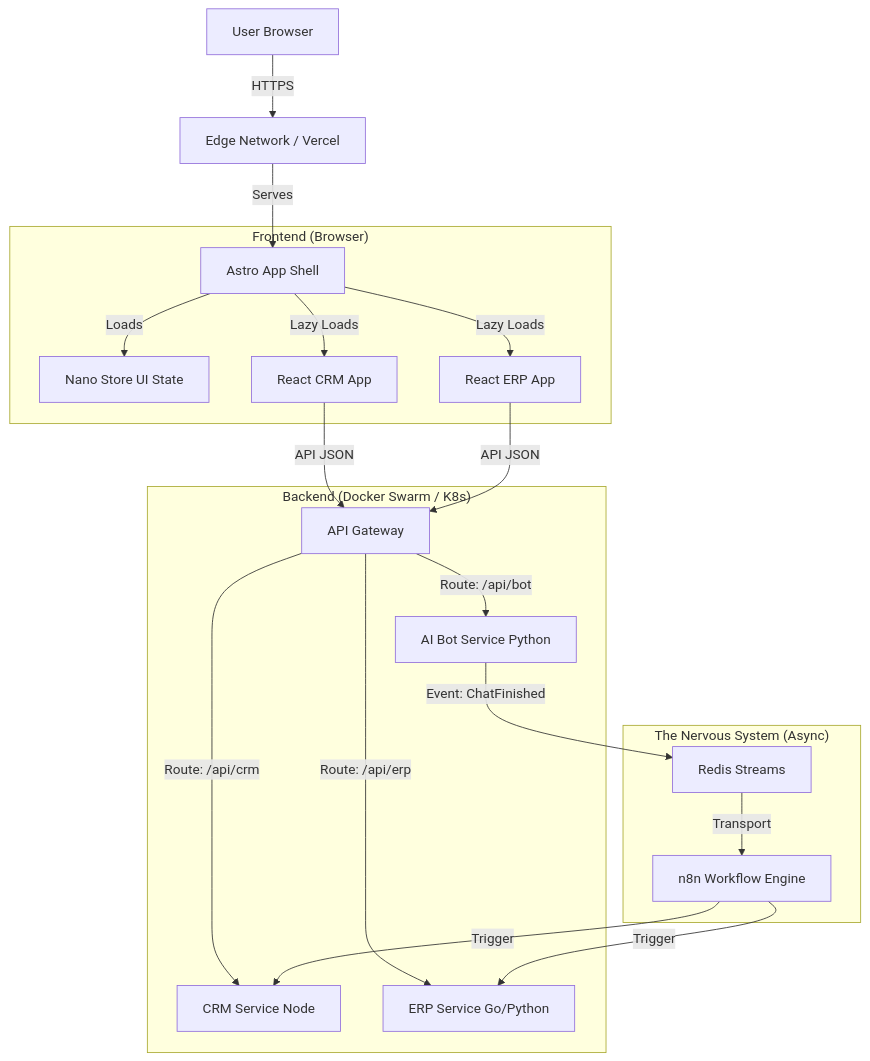
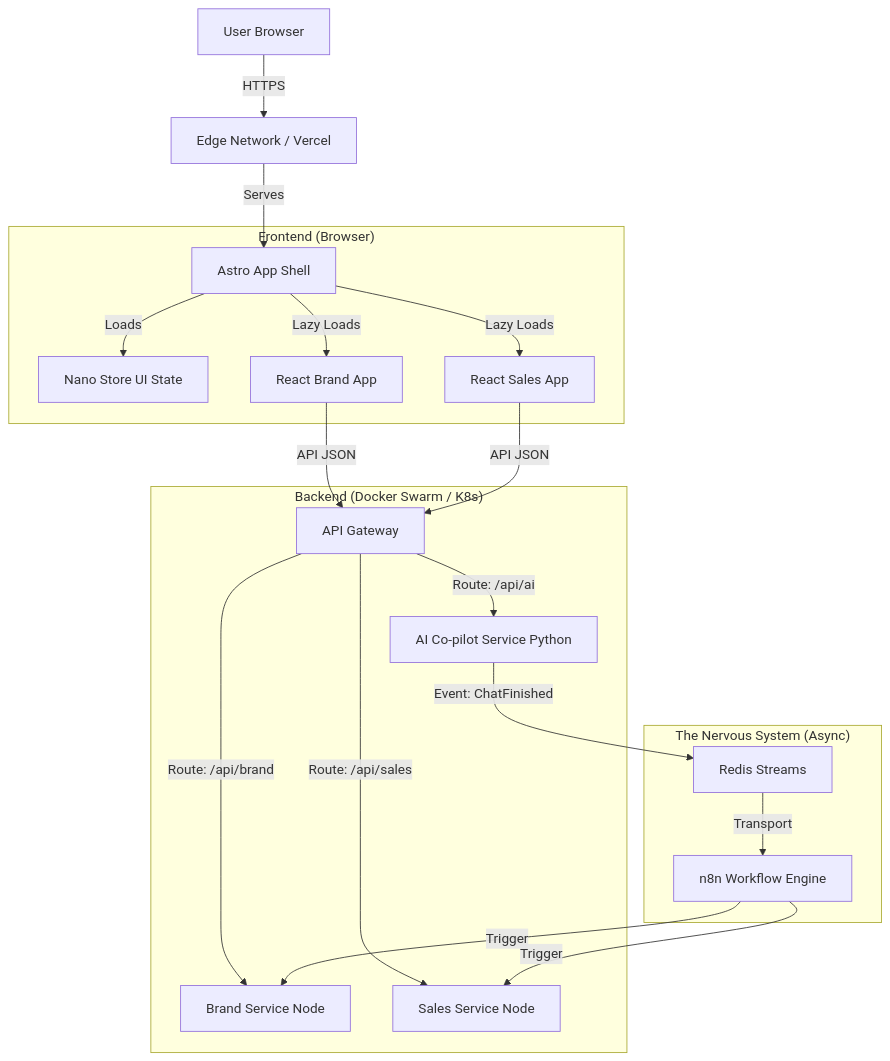
One commit to carlo-spada/xentri changed the diagram in architecture.md. Above: the diagram before and after it, drawn with Mermaid. The commit also changed other lines of this file and 7 other files, not shown here.

Commit message:
docs: align all documentation with Product Brief (v0.1-v0.4 roadmap, pricing, event model)

````diff
--- a/architecture.md
+++ b/architecture.md
@@ -32,27 +32,27 @@
 ```mermaid
 graph TD
     User[User Browser] -->|HTTPS| CDN[Edge Network / Vercel]
     CDN -->|Serves| Shell[Astro App Shell]
 
     subgraph "Frontend (Browser)"
         Shell -->|Loads| Sidebar[Nano Store UI State]
-        Shell -->|Lazy Loads| CRM[React CRM App]
-        Shell -->|Lazy Loads| ERP[React ERP App]
+        Shell -->|Lazy Loads| Brand[React Brand App]
+        Shell -->|Lazy Loads| Sales[React Sales App]
     end
 
     subgraph "Backend (Docker Swarm / K8s)"
-        CRM -->|API JSON| APIG[API Gateway]
-        ERP -->|API JSON| APIG
+        Brand -->|API JSON| APIG[API Gateway]
+        Sales -->|API JSON| APIG
 
-        APIG -->|Route: /api/crm| Svc1[CRM Service Node]
-        APIG -->|Route: /api/erp| Svc2[ERP Service Go/Python]
-        APIG -->|Route: /api/bot| Svc3[AI Bot Service Python]
+        APIG -->|Route: /api/brand| Svc1[Brand Service Node]
+        APIG -->|Route: /api/sales| Svc2[Sales Service Node]
+        APIG -->|Route: /api/ai| Svc3[AI Co-pilot Service Python]
     end
 
     subgraph "The Nervous System (Async)"
         Svc3 -->|Event: ChatFinished| Redis[Redis Streams]
         Redis -->|Transport| N8N[n8n Workflow Engine]
         N8N -->|Trigger| Svc1
         N8N -->|Trigger| Svc2
     end
 ```
````
